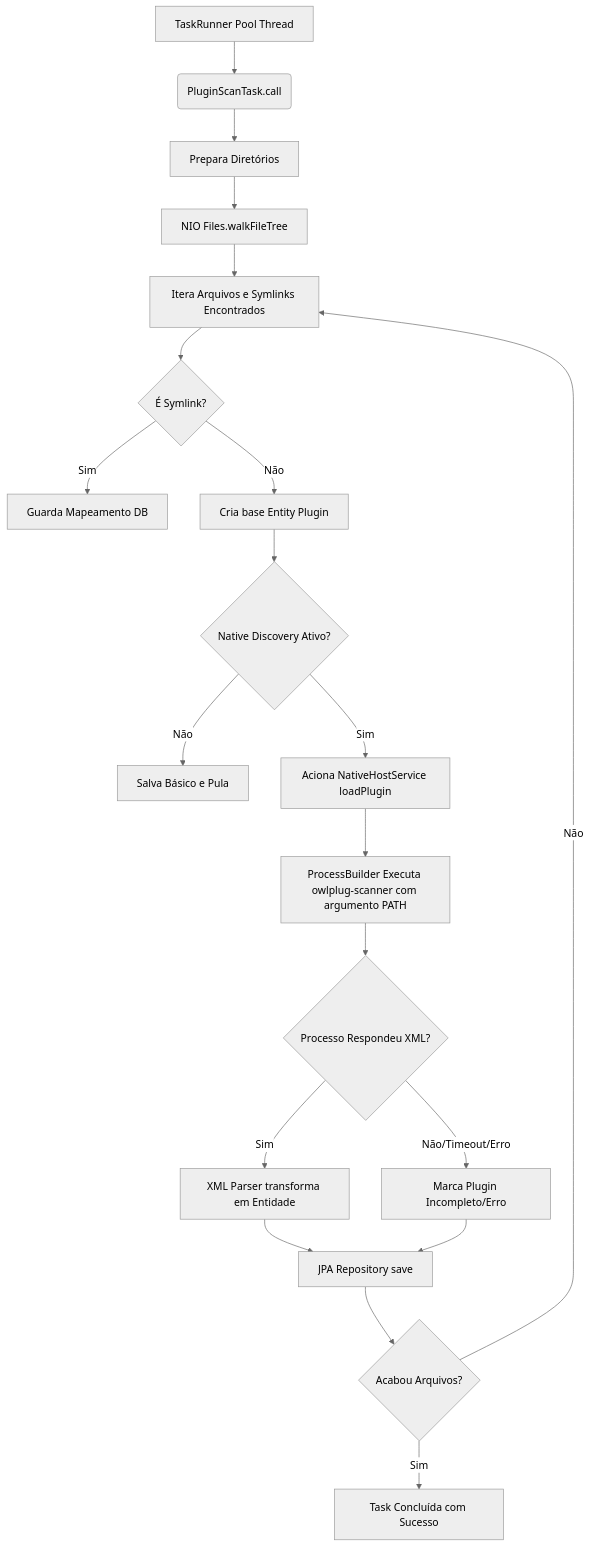
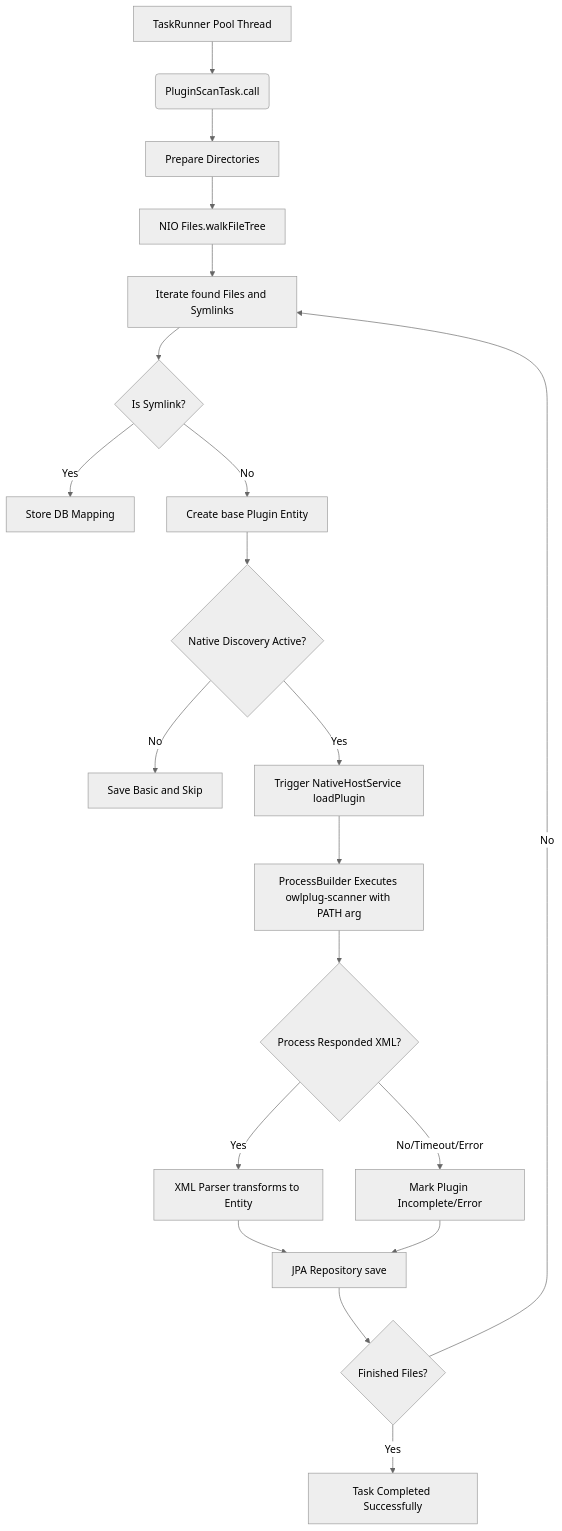
Before and after one commit to daniel-chiuratto-seabra/OwlPlug: diagram 13 of 15 in docs/full-forensic-technical-documentation.md, drawn with Mermaid (neutral theme). The commit also changed other lines of this file, not shown here.

````diff
--- a/docs/full-forensic-technical-documentation.md
+++ b/docs/full-forensic-technical-documentation.md
@@ -490,22 +490,22 @@
 ```mermaid
 flowchart TD
     A[TaskRunner Pool Thread] --> B(PluginScanTask.call)
-    B --> C[Prepara Diretórios]
+    B --> C[Prepare Directories]
     C --> D[NIO Files.walkFileTree]
-    D --> E[Itera Arquivos e Symlinks Encontrados]
-    E --> F{É Symlink?}
-    F -- Sim --> G[Guarda Mapeamento DB]
-    F -- Não --> H[Cria base Entity Plugin]
-    H --> I{Native Discovery Ativo?}
-    I -- Não --> J[Salva Básico e Pula]
-    I -- Sim --> K[Aciona NativeHostService loadPlugin]
-    K --> L[ProcessBuilder Executa owlplug-scanner com argumento PATH]
-    L --> M{Processo Respondeu XML?}
-    M -- Sim --> N[XML Parser transforma em Entidade]
-    M -- Não/Timeout/Erro --> O[Marca Plugin Incompleto/Erro]
+    D --> E[Iterate found Files and Symlinks]
+    E --> F{Is Symlink?}
+    F -- Yes --> G[Store DB Mapping]
+    F -- No --> H[Create base Plugin Entity]
+    H --> I{Native Discovery Active?}
+    I -- No --> J[Save Basic and Skip]
+    I -- Yes --> K[Trigger NativeHostService loadPlugin]
+    K --> L[ProcessBuilder Executes owlplug-scanner with PATH arg]
+    L --> M{Process Responded XML?}
+    M -- Yes --> N[XML Parser transforms to Entity]
+    M -- No/Timeout/Error --> O[Mark Plugin Incomplete/Error]
     N --> P[JPA Repository save]
     O --> P
-    P --> Q{Acabou Arquivos?}
-    Q -- Não --> E
-    Q -- Sim --> R[Task Concluída com Sucesso]
+    P --> Q{Finished Files?}
+    Q -- No --> E
+    Q -- Yes --> R[Task Completed Successfully]
 ```
````
